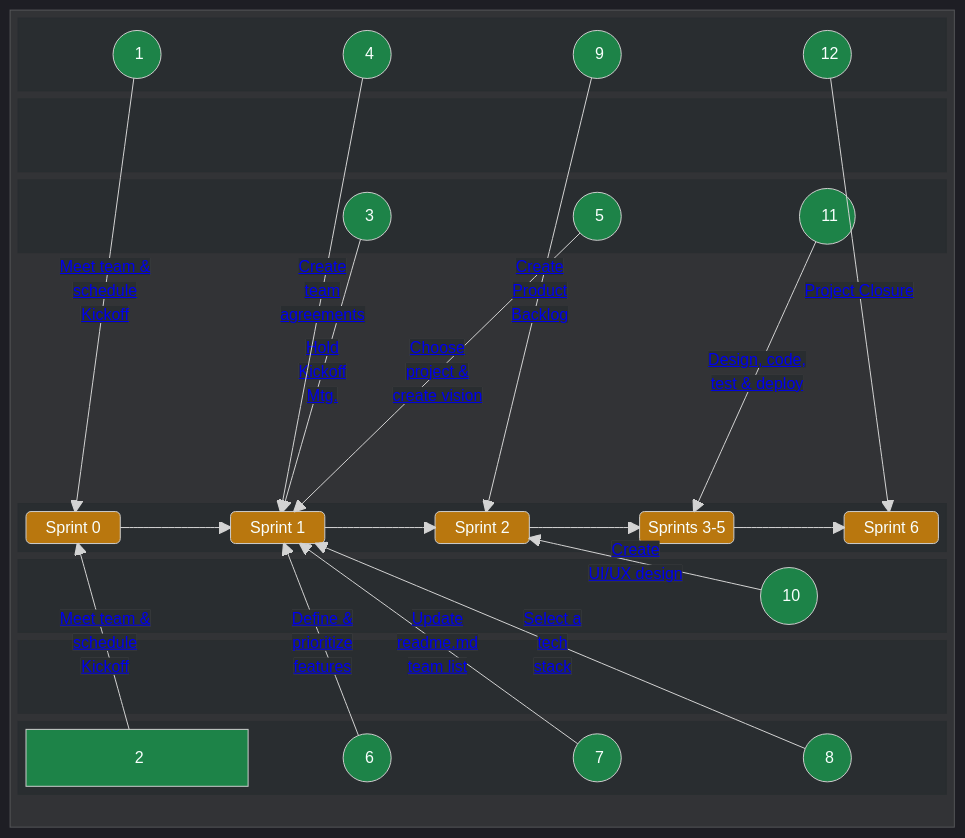
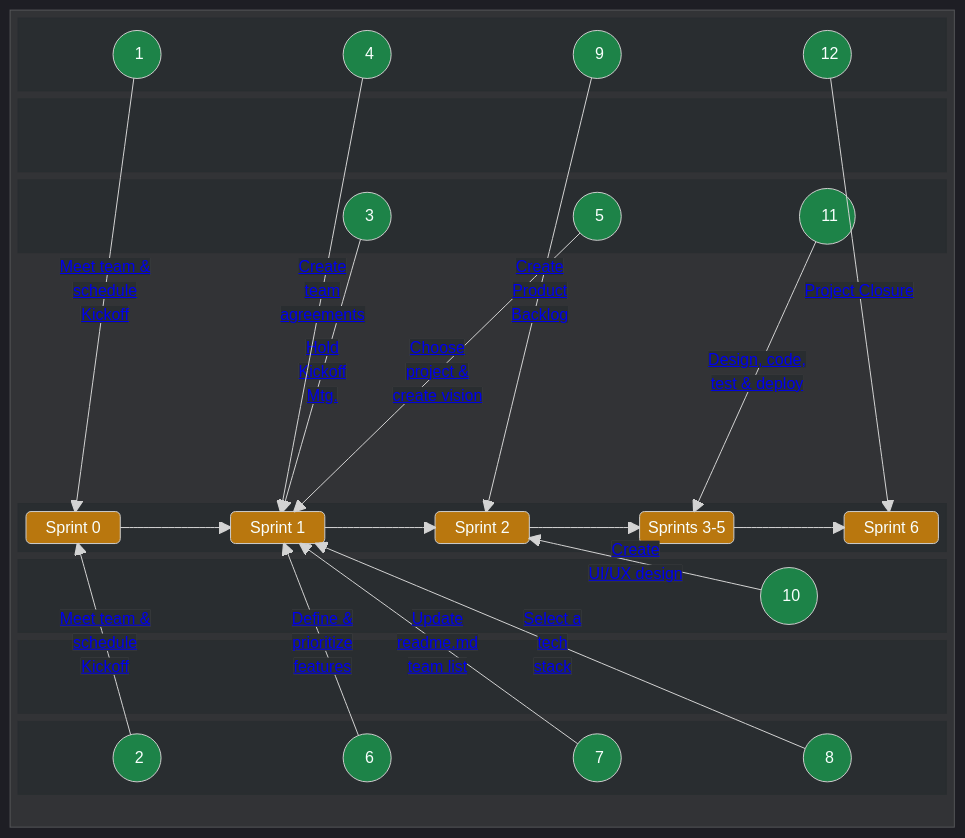
The first of 2 diagrams in docs/guides/voyage/voyage.md (chingu-voyages/Handbook), drawn with Mermaid before and after one commit.

Commit message:
Feature: Define Sprint 0 details [WIP]

```diff
--- a/docs/guides/voyage/voyage.md
+++ b/docs/guides/voyage/voyage.md
@@ -120,7 +120,7 @@
       end      
       block:BOTTOML3
         columns 11
-        A2("&nbsp;&nbsp;&nbsp; 2 &nbsp;&nbsp;"))
+        A2(("&nbsp;&nbsp;&nbsp; 2 &nbsp;&nbsp;"))
         A6(("&nbsp;&nbsp;&nbsp; 6 &nbsp;&nbsp;"))
         A7(("&nbsp;&nbsp;&nbsp; 7 &nbsp;&nbsp;"))       
         A8(("&nbsp;&nbsp;&nbsp; 8 &nbsp;&nbsp;"))
```
